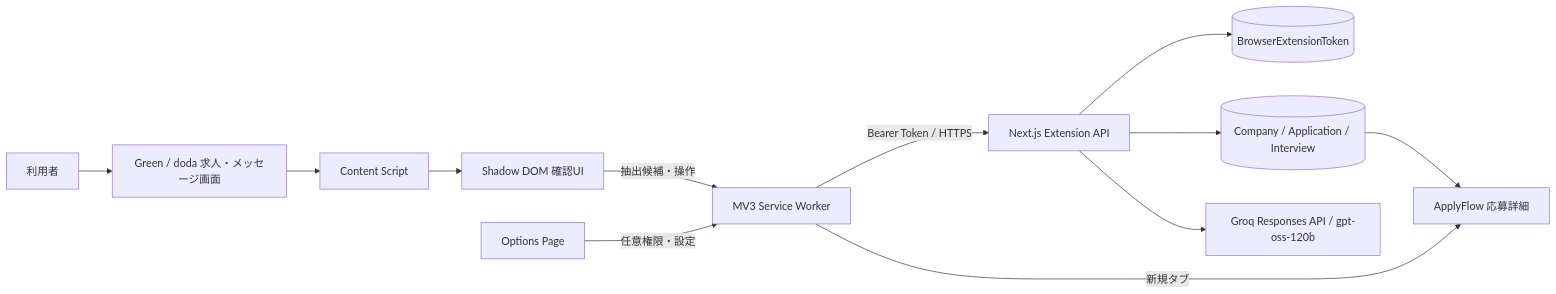
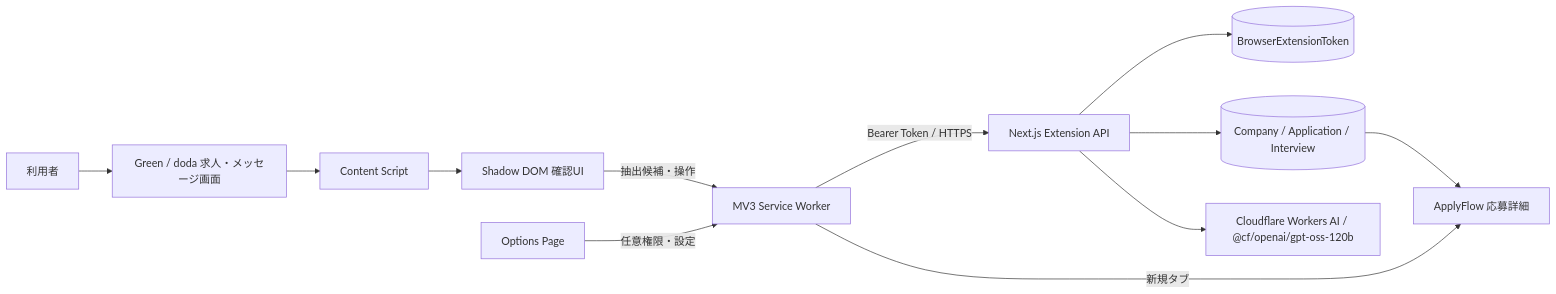
Before and after one commit to S-ima7/ApplyFlow: the first of 2 diagrams in docs/ApplyFlow_ブラウザ拡張機能設計書.md, drawn with Mermaid. The commit also changed other lines of this file and 8 other files, not shown here.

````diff
--- a/docs/ApplyFlow_ブラウザ拡張機能設計書.md
+++ b/docs/ApplyFlow_ブラウザ拡張機能設計書.md
@@ -111,14 +111,14 @@
 ```mermaid
 flowchart LR
     U[利用者] --> P[Green / doda 求人・メッセージ画面]
     P --> CS[Content Script]
     CS --> SD[Shadow DOM 確認UI]
     SD -->|抽出候補・操作| SW[MV3 Service Worker]
     SW -->|Bearer Token / HTTPS| API[Next.js Extension API]
     API --> TOK[(BrowserExtensionToken)]
     API --> APP[(Company / Application / Interview)]
-    API --> AI[Groq Responses API / gpt-oss-120b]
+    API --> AI[Cloudflare Workers AI / @cf/openai/gpt-oss-120b]
     APP --> WEB[ApplyFlow 応募詳細]
     SW -->|新規タブ| WEB
     OPT[Options Page] -->|任意権限・設定| SW
 ```
````
